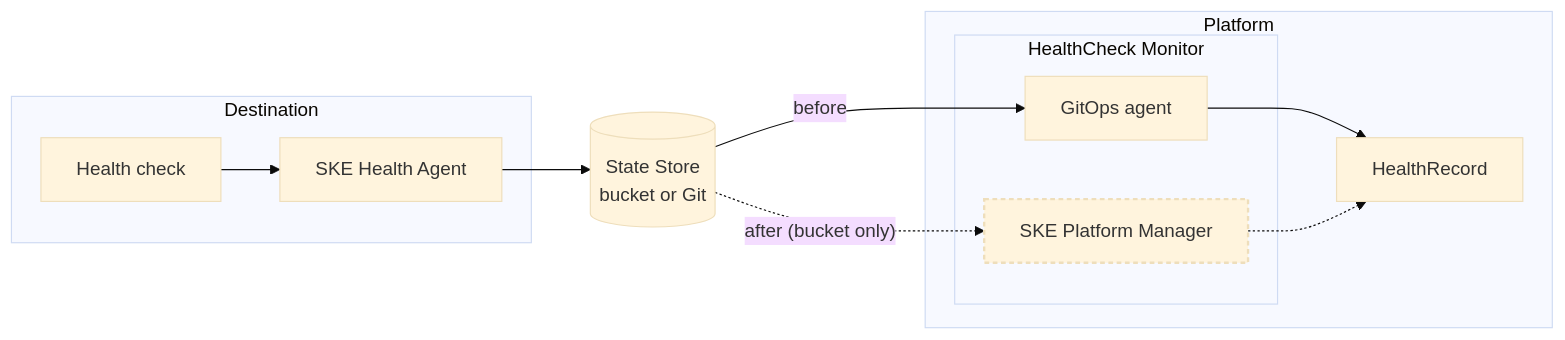
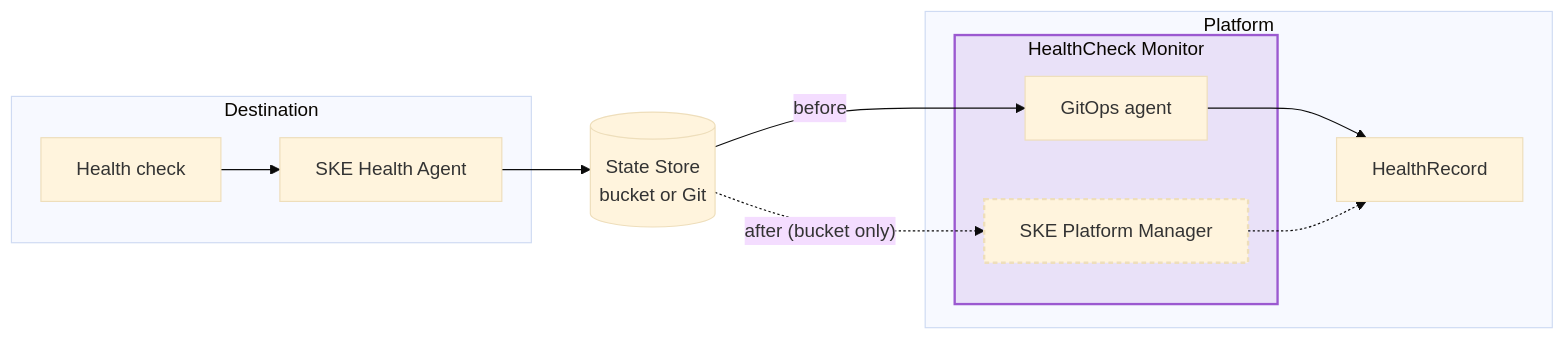
The diagram in docs/ske/05-guides/12-health-records-from-a-bucket.mdx (syntasso/kratix-docs), drawn with Mermaid (base theme) before and after one commit.

Commit message:
docs: tint the HealthCheck Monitor box in the diagram
Give the subgraph a colour so the two interchangeable components read as one
grouped thing at a glance rather than only via the label.

Uses a mid purple between the site's light (#5B0A94) and dark (#d69dff) brand
colours, at low alpha. The fill is translucent on purpose: theme-mermaid
switches palette with the colour mode, so an opaque brand colour picked for
one mode would fight the other. A tint sits over whichever background is
behind it and keeps the node text legible in both.

````diff
--- a/docs/ske/05-guides/12-health-records-from-a-bucket.mdx
+++ b/docs/ske/05-guides/12-health-records-from-a-bucket.mdx
@@ -43,24 +43,28 @@
 ```mermaid
 flowchart LR
     subgraph destination[Destination]
         check[Health check]
         agent[SKE Health Agent]
     end
 
     store[("State Store<br/>bucket or Git")]
 
     subgraph platform[Platform]
         subgraph monitor[HealthCheck Monitor]
             gitops[GitOps agent]
             spm[SKE Platform Manager]
         end
         record[HealthRecord]
     end
 
     check --> agent --> store
     store -->|before| gitops --> record
     store -.->|"after (bucket only)"| spm -.-> record
 
     classDef new stroke-width:2px,stroke-dasharray:4 3
     class spm new
+
+    %% Mid purple between the site's light (#5B0A94) and dark (#d69dff) brand colours, with a
+    %% translucent fill so it tints whichever background is behind it rather than fighting it.
+    style monitor fill:#9B59D026,stroke:#9B59D0,stroke-width:2px
 ```
````
